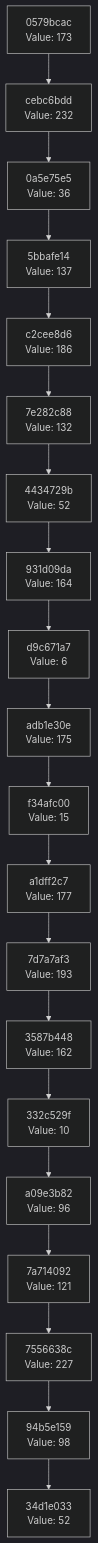
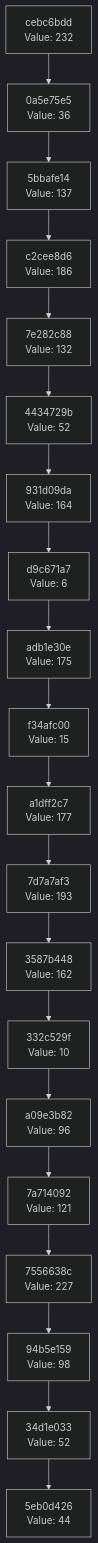
One commit to Abhisheksinha1506/hash-chain-evolver changed the diagram in docs/CHAIN_VISUALIZATION.md. Above: the diagram before and after it, drawn with Mermaid (dark theme). The commit also changed 2 other files, not shown here.

Commit message:
Evolution Step

````diff
--- a/docs/CHAIN_VISUALIZATION.md
+++ b/docs/CHAIN_VISUALIZATION.md
@@ -3,42 +3,42 @@
 ```mermaid
 graph TD
-    C0["34d1e033<br/>Value: 52"]
-    C1["94b5e159<br/>Value: 98"]
+    C0["5eb0d426<br/>Value: 44"]
+    C1["34d1e033<br/>Value: 52"]
     C1 --> C0
-    C2["7556638c<br/>Value: 227"]
+    C2["94b5e159<br/>Value: 98"]
     C2 --> C1
-    C3["7a714092<br/>Value: 121"]
+    C3["7556638c<br/>Value: 227"]
     C3 --> C2
-    C4["a09e3b82<br/>Value: 96"]
+    C4["7a714092<br/>Value: 121"]
     C4 --> C3
-    C5["332c529f<br/>Value: 10"]
+    C5["a09e3b82<br/>Value: 96"]
     C5 --> C4
-    C6["3587b448<br/>Value: 162"]
+    C6["332c529f<br/>Value: 10"]
     C6 --> C5
-    C7["7d7a7af3<br/>Value: 193"]
+    C7["3587b448<br/>Value: 162"]
     C7 --> C6
-    C8["a1dff2c7<br/>Value: 177"]
+    C8["7d7a7af3<br/>Value: 193"]
     C8 --> C7
-    C9["f34afc00<br/>Value: 15"]
+    C9["a1dff2c7<br/>Value: 177"]
     C9 --> C8
-    C10["adb1e30e<br/>Value: 175"]
+    C10["f34afc00<br/>Value: 15"]
     C10 --> C9
-    C11["d9c671a7<br/>Value: 6"]
+    C11["adb1e30e<br/>Value: 175"]
     C11 --> C10
-    C12["931d09da<br/>Value: 164"]
+    C12["d9c671a7<br/>Value: 6"]
     C12 --> C11
-    C13["4434729b<br/>Value: 52"]
+    C13["931d09da<br/>Value: 164"]
     C13 --> C12
-    C14["7e282c88<br/>Value: 132"]
+    C14["4434729b<br/>Value: 52"]
     C14 --> C13
-    C15["c2cee8d6<br/>Value: 186"]
+    C15["7e282c88<br/>Value: 132"]
     C15 --> C14
-    C16["5bbafe14<br/>Value: 137"]
+    C16["c2cee8d6<br/>Value: 186"]
     C16 --> C15
-    C17["0a5e75e5<br/>Value: 36"]
+    C17["5bbafe14<br/>Value: 137"]
     C17 --> C16
-    C18["cebc6bdd<br/>Value: 232"]
+    C18["0a5e75e5<br/>Value: 36"]
     C18 --> C17
-    C19["0579bcac<br/>Value: 173"]
+    C19["cebc6bdd<br/>Value: 232"]
     C19 --> C18
 ```
````
